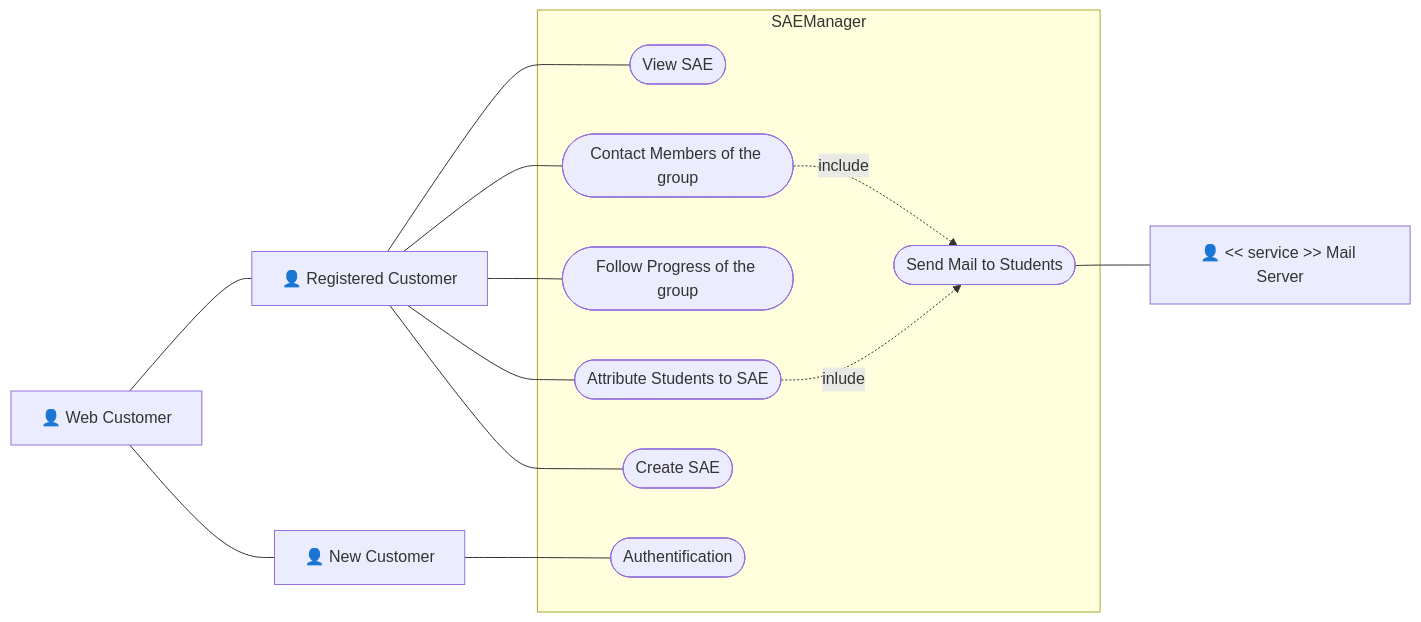
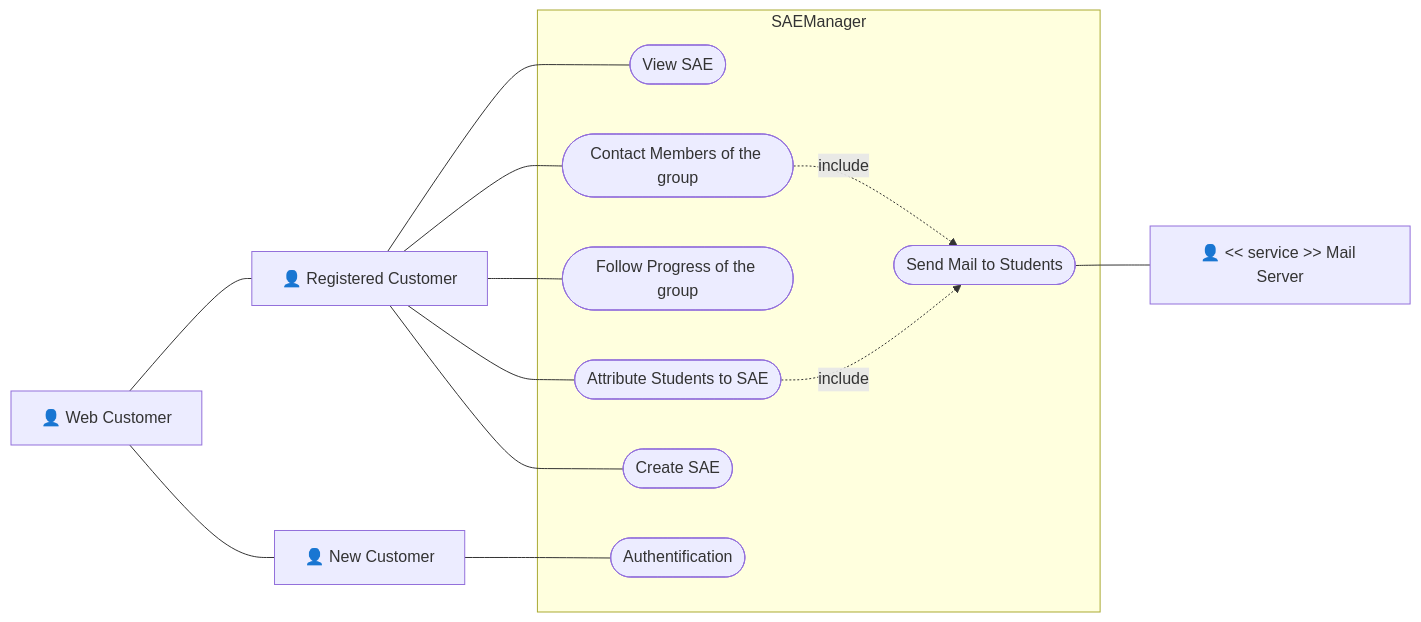
Before and after one commit to RADJOU-Dinesh-24003262/SAEManager: the diagram in README.md, drawn with Mermaid. The commit also changed 5 other files, not shown here.

````diff
--- a/README.md
+++ b/README.md
@@ -79,33 +79,33 @@
 ``` mermaid
 flowchart LR
   rW["👤 Web Customer"]:::role
   rR["👤 Registered Customer"]:::role
   rN["👤 New Customer"]:::role
   rM["👤 << service >> Mail Server"]:::role
 
   subgraph S["SAEManager"]
     ucVS([View SAE])
     ucCM([Contact Members of the group])
     ucFP([Follow Progress of the group])
     ucAS([Attribute Students to SAE])
     ucCS([Create SAE])
     ucA([Authentification])
     ucSM([Send Mail to Students])
     ucCM -. include .-> ucSM
-    ucAS -. inlude .-> ucSM
+    ucAS -. include .-> ucSM
 
   end
   
 
   rW --- rR
   rW --- rN
   rR --- ucVS
   rR --- ucCM
   rR --- ucFP
   rR --- ucAS
   rR --- ucCS
 
   rN --- ucA
 
   ucSM --- rM
 ``` 
````
